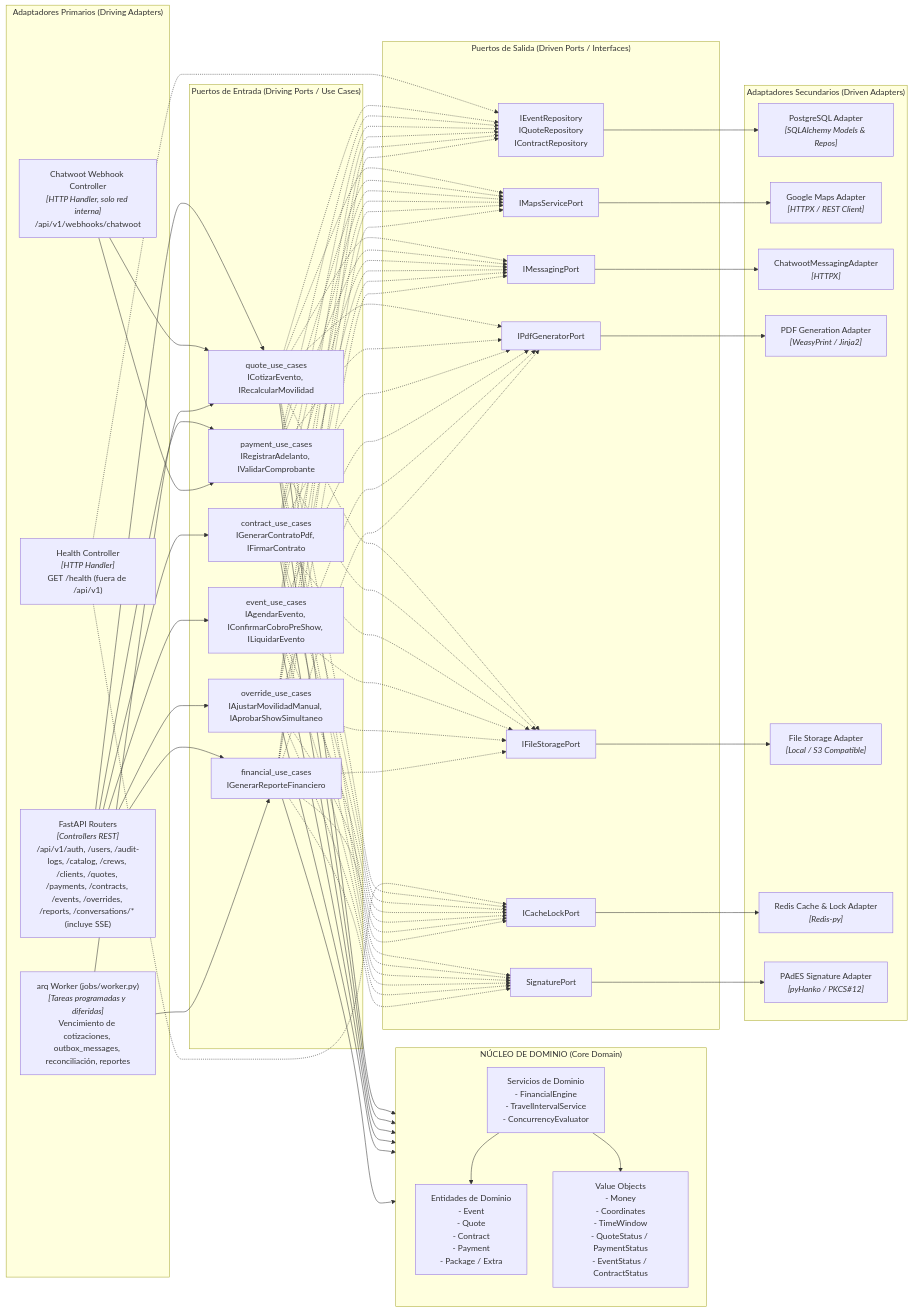
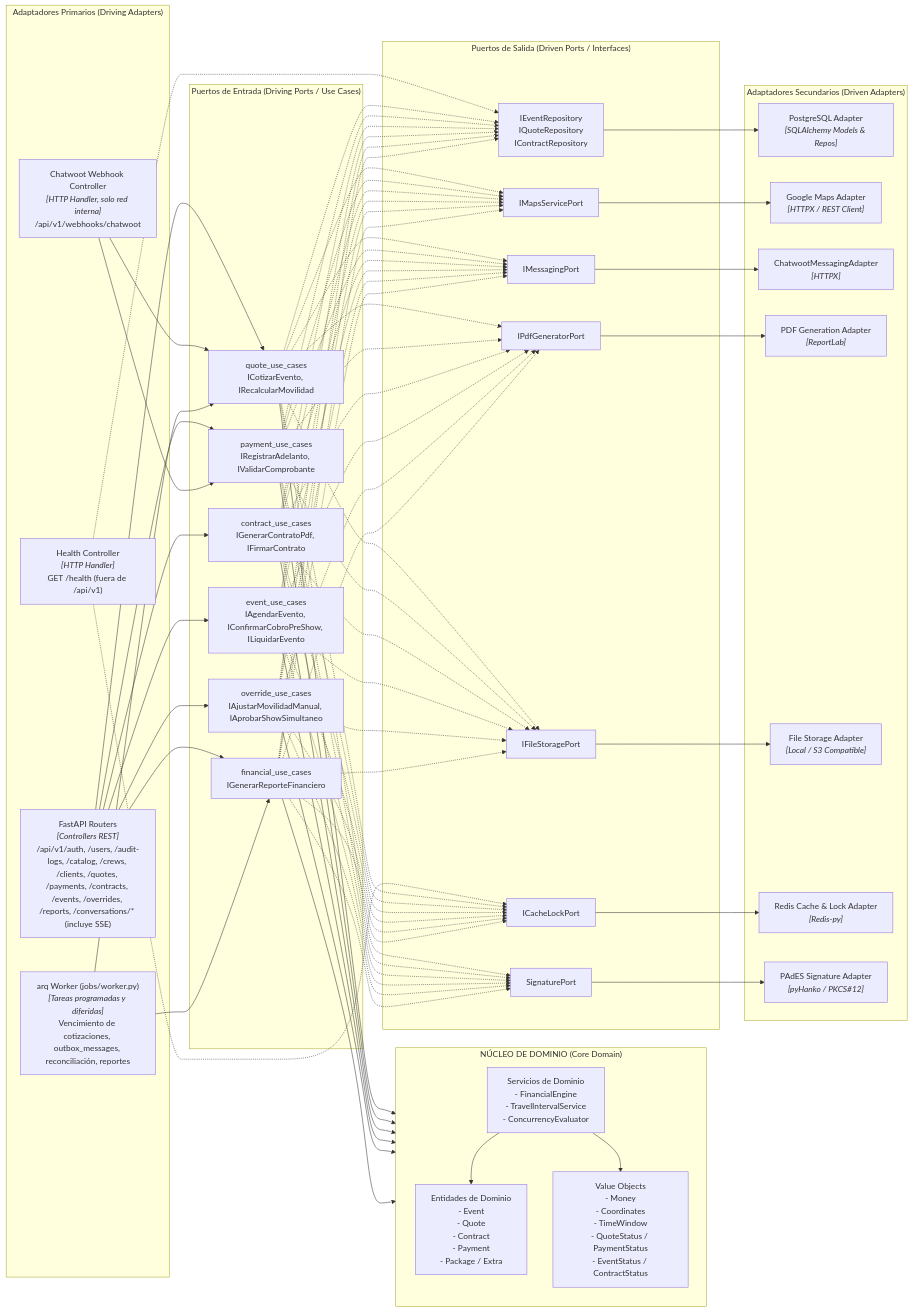
One commit to MathiasTL/EventPro-backend changed the third of 3 diagrams in Docs/02-arquitectura/01-diseno-arquitectonico-c4.md. Above: the diagram before and after it, drawn with Mermaid. The commit also changed other lines of this file and 20 other files, not shown here.

````diff
--- a/Docs/02-arquitectura/01-diseno-arquitectonico-c4.md
+++ b/Docs/02-arquitectura/01-diseno-arquitectonico-c4.md
@@ -108,67 +108,67 @@
 ```mermaid
 flowchart LR
     subgraph AdaptadoresEntrada["Adaptadores Primarios (Driving Adapters)"]
         HttpRouters["FastAPI Routers<br/><i>[Controllers REST]</i><br/>/api/v1/auth, /users, /audit-logs, /catalog, /crews, /clients, /quotes, /payments, /contracts, /events, /overrides, /reports, /conversations/* (incluye SSE)"]
         WebhookController["Chatwoot Webhook Controller<br/><i>[HTTP Handler, solo red interna]</i><br/>/api/v1/webhooks/chatwoot"]
         HealthController["Health Controller<br/><i>[HTTP Handler]</i><br/>GET /health (fuera de /api/v1)"]
         ArqWorker["arq Worker (jobs/worker.py)<br/><i>[Tareas programadas y diferidas]</i><br/>Vencimiento de cotizaciones, outbox_messages, reconciliación, reportes"]
     end
 
     subgraph PuertosEntrada["Puertos de Entrada (Driving Ports / Use Cases)"]
         UCQuote["quote_use_cases<br/>ICotizarEvento, IRecalcularMovilidad"]
         UCPay["payment_use_cases<br/>IRegistrarAdelanto, IValidarComprobante"]
         UCContract["contract_use_cases<br/>IGenerarContratoPdf, IFirmarContrato"]
         UCSchedule["event_use_cases<br/>IAgendarEvento, IConfirmarCobroPreShow, ILiquidarEvento"]
         UCOverride["override_use_cases<br/>IAjustarMovilidadManual, IAprobarShowSimultaneo"]
         UCReport["financial_use_cases<br/>IGenerarReporteFinanciero"]
     end
 
     subgraph Dominio["NÚCLEO DE DOMINIO (Core Domain)"]
         direction TB
         Entities["Entidades de Dominio<br/>- Event<br/>- Quote<br/>- Contract<br/>- Payment<br/>- Package / Extra"]
         ValueObjects["Value Objects<br/>- Money<br/>- Coordinates<br/>- TimeWindow<br/>- QuoteStatus / PaymentStatus<br/>- EventStatus / ContractStatus"]
         DomainServices["Servicios de Dominio<br/>- FinancialEngine<br/>- TravelIntervalService<br/>- ConcurrencyEvaluator"]
     end
 
     subgraph PuertosSalida["Puertos de Salida (Driven Ports / Interfaces)"]
         PortRepo["IEventRepository<br/>IQuoteRepository<br/>IContractRepository"]
         PortMaps["IMapsServicePort"]
         PortMessaging["IMessagingPort"]
         PortPdf["IPdfGeneratorPort"]
         PortStorage["IFileStoragePort"]
         PortCache["ICacheLockPort"]
         PortSignature["SignaturePort"]
     end
 
     subgraph AdaptadoresSalida["Adaptadores Secundarios (Driven Adapters)"]
         SqlAlchemyRepo["PostgreSQL Adapter<br/><i>[SQLAlchemy Models & Repos]</i>"]
         GoogleMapsAdapter["Google Maps Adapter<br/><i>[HTTPX / REST Client]</i>"]
         ChatwootAdapter["ChatwootMessagingAdapter<br/><i>[HTTPX]</i>"]
-        WeasyPrintAdapter["PDF Generation Adapter<br/><i>[WeasyPrint / Jinja2]</i>"]
+        BookingPdfAdapter["PDF Generation Adapter<br/><i>[ReportLab]</i>"]
         FileSystemAdapter["File Storage Adapter<br/><i>[Local / S3 Compatible]</i>"]
         RedisAdapter["Redis Cache & Lock Adapter<br/><i>[Redis-py]</i>"]
         PadesAdapter["PAdES Signature Adapter<br/><i>[pyHanko / PKCS#12]</i>"]
     end
 
     %% Relaciones Driving
     HttpRouters --> UCQuote & UCPay & UCContract & UCSchedule & UCOverride & UCReport
     WebhookController --> UCQuote & UCPay
     ArqWorker --> UCQuote & UCReport
     HealthController -.-> PortRepo & PortCache
 
     %% Relaciones Ports -> Domain
     UCQuote & UCPay & UCContract & UCSchedule & UCOverride & UCReport --> DomainServices
     DomainServices --> Entities & ValueObjects
 
     %% Relaciones Domain/UseCases -> Driven Ports
     UCQuote & UCPay & UCContract & UCSchedule & UCOverride & UCReport -.-> PortRepo & PortMaps & PortMessaging & PortPdf & PortStorage & PortCache & PortSignature
 
     %% Relaciones Driven Ports -> Driven Adapters
     PortRepo --> SqlAlchemyRepo
     PortMaps --> GoogleMapsAdapter
     PortMessaging --> ChatwootAdapter
-    PortPdf --> WeasyPrintAdapter
+    PortPdf --> BookingPdfAdapter
     PortStorage --> FileSystemAdapter
     PortCache --> RedisAdapter
     PortSignature --> PadesAdapter
 ```
````
